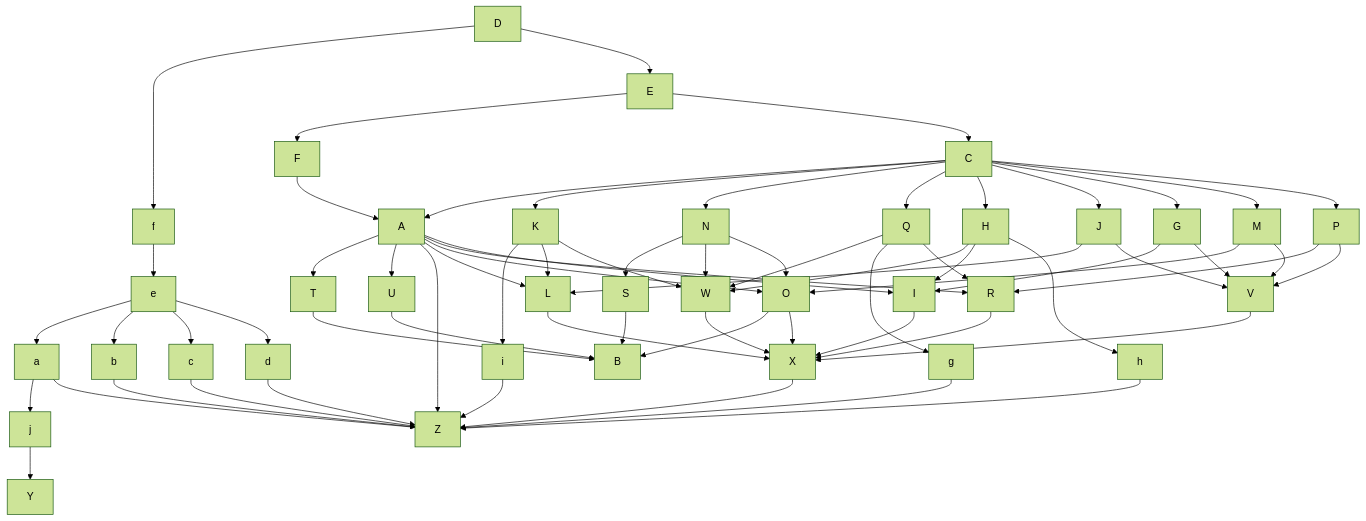
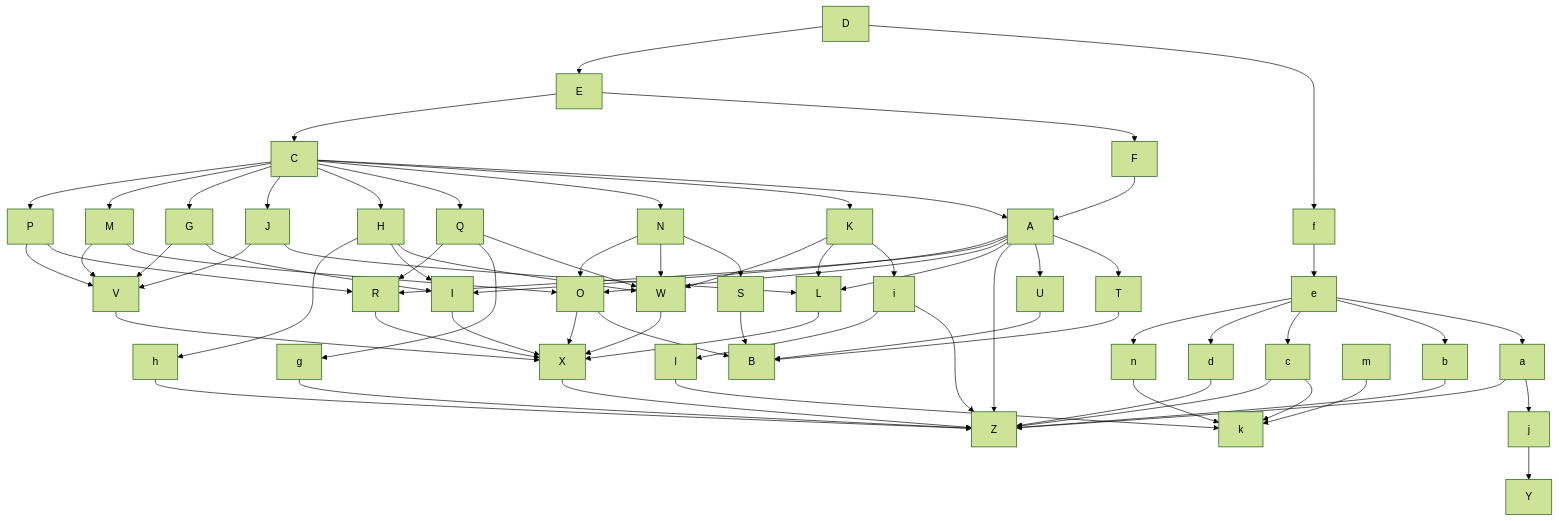
One commit to DSD-PIrates/DSD-PIrates.github.io changed the first of 39 diagrams in project/WhiteBoxTesting/White-box Testing.md. Above: the diagram before and after it, drawn with Mermaid (forest theme). The commit also changed other lines of this file and 61 other files, not shown here.

````diff
--- a/project/WhiteBoxTesting/White-box Testing.md
+++ b/project/WhiteBoxTesting/White-box Testing.md
@@ -12,73 +14,78 @@
 ```mermaid
 graph TD;	
 	
 	A-->T; A-->U; A-->Z; A-->L; A-->O; A-->R; A-->I;
 	C-->A; C-->K; C-->N; C-->Q; C-->H; C-->J; C-->G; C-->M; C-->P;
 	
 	
 	D-->f; 
 	D-->E;
 	
 	E-->F
 	E-->C;
 	F-->A;
 	G-->I
 	
 	G-->V;
 	
 	
 	H-->W;
 	H-->I
     H-->h;
     I-->X;
 	
 	
 	J-->L
 	J-->V
 	K-->i;
 	K-->L
 	K-->W
 	L-->X;
 	
 	M-->O
 	M-->V
 	N-->S;
 	N-->W
 	N-->O
 	
 	O-->B; O-->X;
 	
 	P-->R	
 	P-->V; 
 	Q-->W;
 	Q-->g;
 	Q-->R
 	
 	R-->X;
 	
 	S-->B
 	T-->B;
 	U-->B;
 	
 
 	V-->X
 	W-->X;
 	
 	X-->Z;
 		
 	a-->j;
 	a-->Z
 	b-->Z;
-	c-->Z;
+	 c-->k;  c-->Z;  
 	d-->Z;
 	
-	e-->a; e-->b; e-->c; e-->d;
+	e-->a; e-->b; e-->c; e-->d;   e-->n
 	
 	f-->e;
 
 	g-->Z;
 	h-->Z;
-	i-->Z;
+	i-->Z;   i-->l
 	
 	j-->Y
+	
+	
+	l-->k
+	m-->k
+	n-->k
 ```
````
